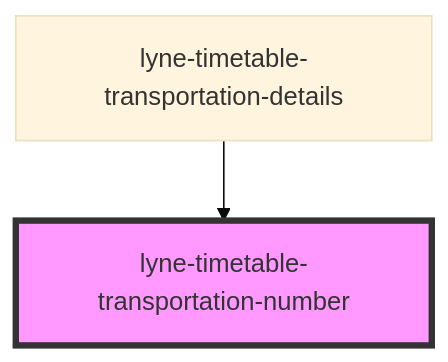
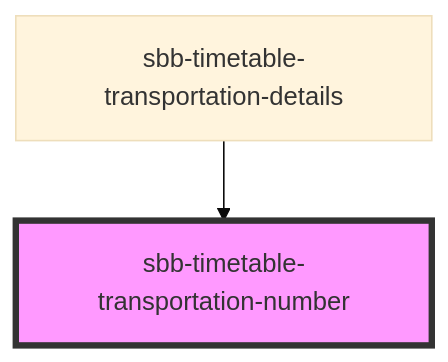
Before and after one commit to sbb-design-systems/lyne-components: the diagram in src/components/sbb-timetable-transportation-number/readme.md, drawn with Mermaid (base theme). The commit also changed other lines of this file and 348 other files, not shown here.

Commit message:
refactor: 'lyne' prefix renamed to 'sbb'

````diff
--- a/src/components/sbb-timetable-transportation-number/readme.md
+++ b/src/components/sbb-timetable-transportation-number/readme.md
@@ -24,5 +24,5 @@
 ```mermaid
 graph TD;
-  lyne-timetable-transportation-details --> lyne-timetable-transportation-number
-  style lyne-timetable-transportation-number fill:#f9f,stroke:#333,stroke-width:4px
+  sbb-timetable-transportation-details --> sbb-timetable-transportation-number
+  style sbb-timetable-transportation-number fill:#f9f,stroke:#333,stroke-width:4px
 ```
````
